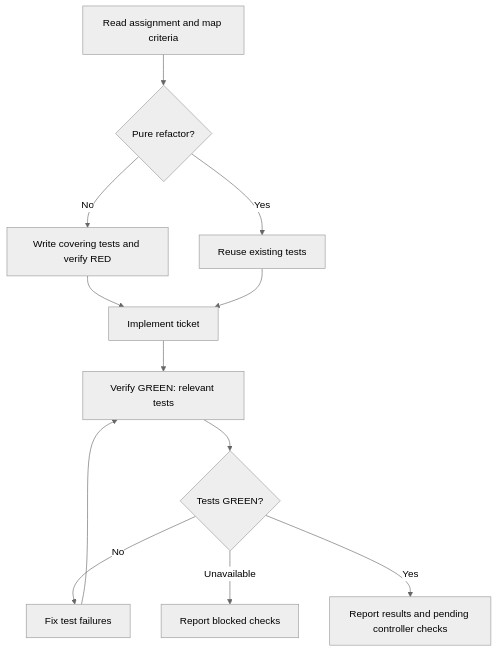
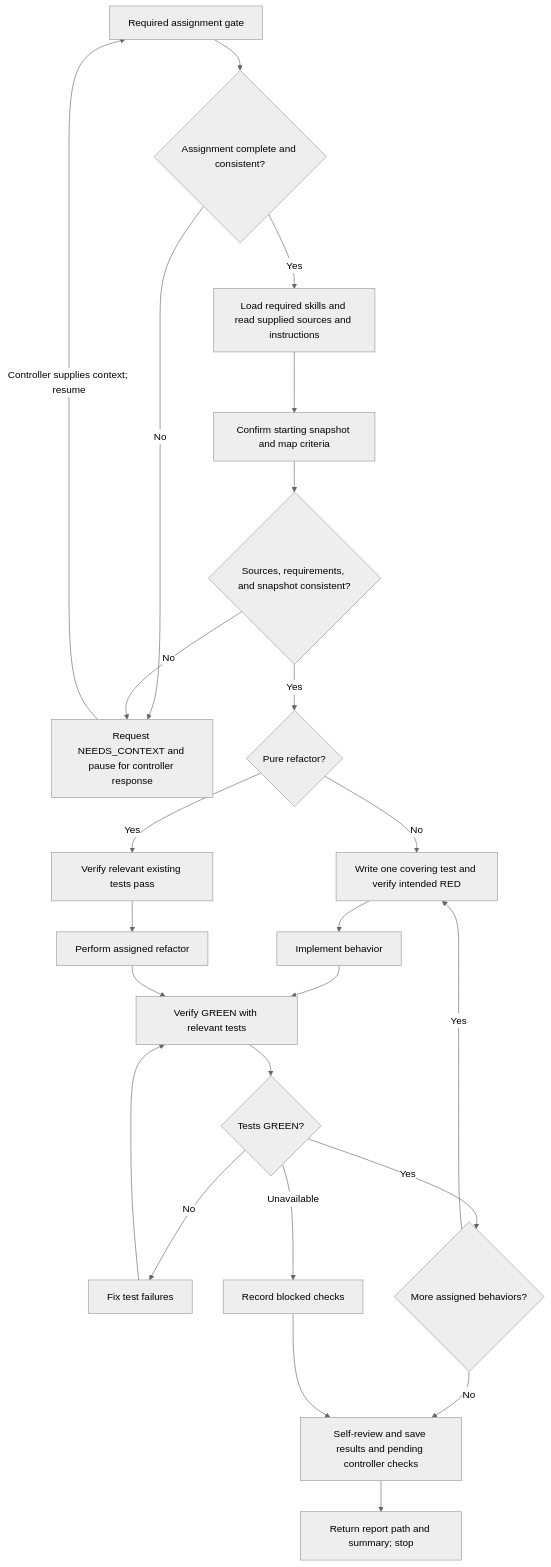
One commit to UseTheFork/spindle changed the diagram in .github/agents/sdd-implementer.agent.md. Above: the diagram before and after it, drawn with Mermaid (neutral theme). The commit also changed other lines of this file and 7 other files, not shown here.

````diff
--- a/.github/agents/sdd-implementer.agent.md
+++ b/.github/agents/sdd-implementer.agent.md
@@ -57,14 +17,26 @@
 ```mermaid
 flowchart TD
-    A[Read assignment and map criteria] --> B{Pure refactor?}
-    B -- No --> C[Write covering tests and verify RED]
-    B -- Yes --> D[Reuse existing tests]
-    C --> E[Implement ticket]
-    D --> E
-    E --> F[Verify GREEN: relevant tests]
-    F --> G{Tests GREEN?}
-    G -- No --> H[Fix test failures]
-    H --> F
-    G -- Unavailable --> R[Report blocked checks]
-    G -- Yes --> O[Report results and pending controller checks]
+    A[Required assignment gate] --> B{Assignment complete and consistent?}
+    B -- No --> C[Request NEEDS_CONTEXT and pause for controller response]
+    C -- Controller supplies context; resume --> A
+    B -- Yes --> D[Load required skills and read supplied sources and instructions]
+    D --> E[Confirm starting snapshot and map criteria]
+    E --> F{Sources, requirements, and snapshot consistent?}
+    F -- No --> C
+    F -- Yes --> G{Pure refactor?}
+    G -- No --> H[Write one covering test and verify intended RED]
+    G -- Yes --> I[Verify relevant existing tests pass]
+    H --> J[Implement behavior]
+    I --> K[Perform assigned refactor]
+    J --> L[Verify GREEN with relevant tests]
+    K --> L
+    L --> M{Tests GREEN?}
+    M -- No --> N[Fix test failures]
+    N --> L
+    M -- Unavailable --> O[Record blocked checks]
+    M -- Yes --> P{More assigned behaviors?}
+    P -- Yes --> H
+    P -- No --> Q[Self-review and save results and pending controller checks]
+    O --> Q
+    Q --> R[Return report path and summary; stop]
 ```
````
